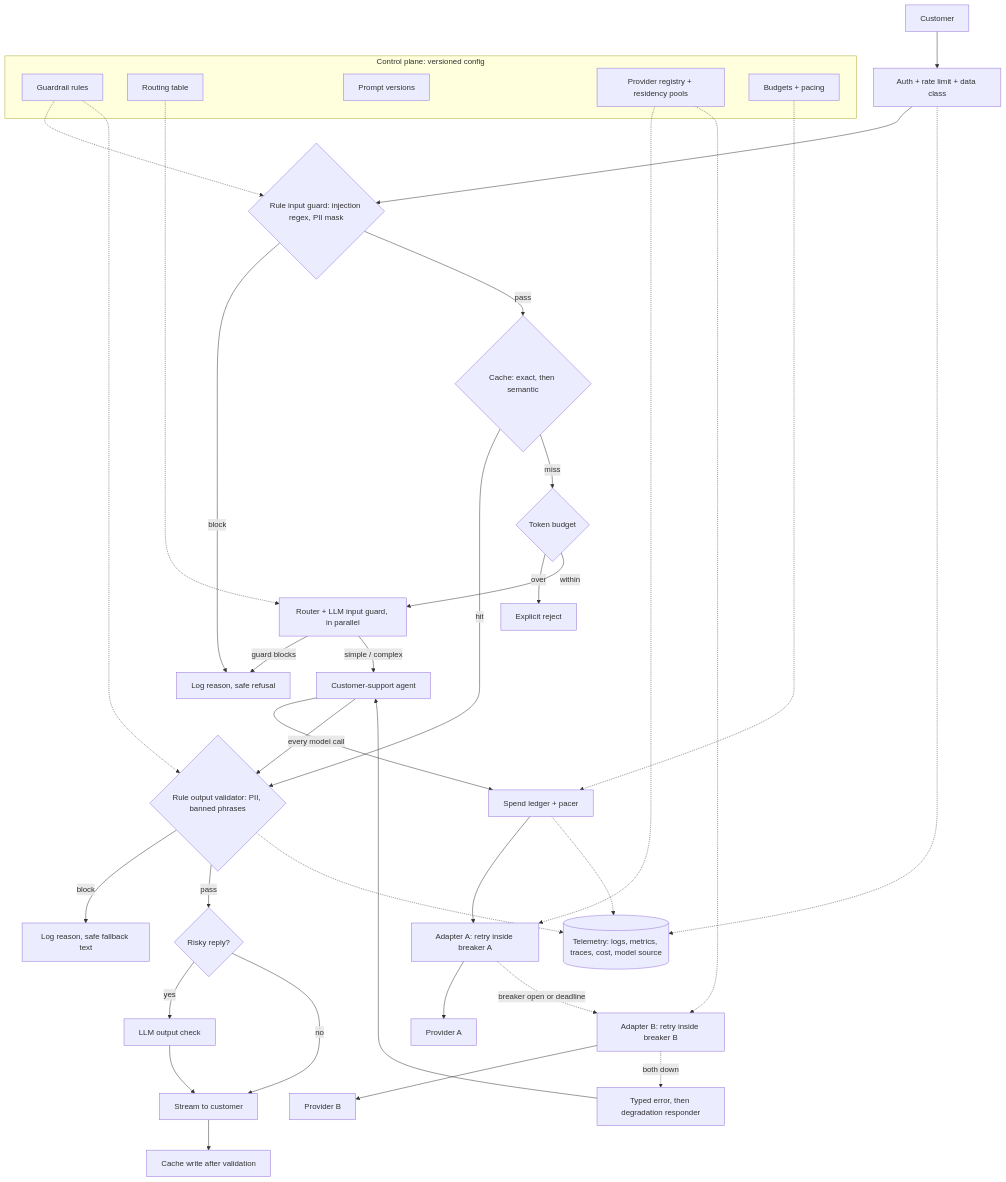
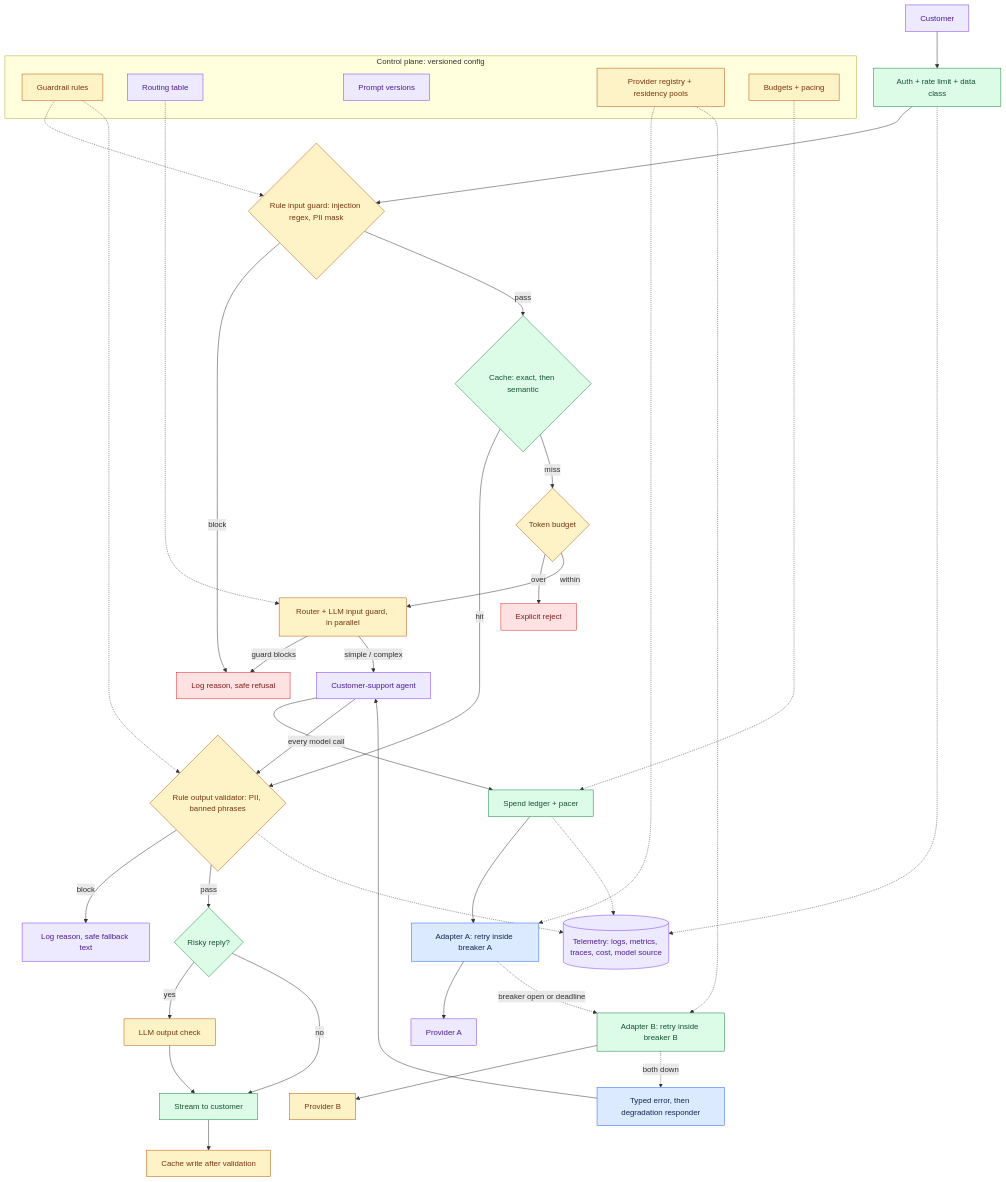
The fourth of 4 diagrams in site/content/modules/15-fde-case-studies/standalone-designs/production-llm-gateway/guide-part-2.md (Sourav692/Forward-Deployed-Engineer-Interview-Prep), drawn with Mermaid before and after one commit. The commit also changed other lines of this file and 1268 other files, not shown here.

First line of the commit message:
content: polish Casebook writing and Mermaid diagrams (#251)

````diff
--- a/site/content/modules/15-fde-case-studies/standalone-designs/production-llm-gateway/guide-part-2.md
+++ b/site/content/modules/15-fde-case-studies/standalone-designs/production-llm-gateway/guide-part-2.md
@@ -47,46 +106,58 @@
 ```mermaid
 flowchart TB
     subgraph CP[Control plane: versioned config]
         RULES[Guardrail rules]
         RT[Routing table]
         PV[Prompt versions]
         PR[Provider registry + residency pools]
         BUD[Budgets + pacing]
     end
 
     C[Customer] --> AUTH[Auth + rate limit + data class]
     AUTH --> RIG{Rule input guard: injection regex, PII mask}
     RIG -- block --> LOG1[Log reason, safe refusal]
     RIG -- pass --> CACHE{Cache: exact, then semantic}
     CACHE -- hit --> OUT
     CACHE -- miss --> TB{Token budget}
     TB -- over --> REJ[Explicit reject]
     TB -- within --> PAR[Router + LLM input guard, in parallel]
     PAR -- guard blocks --> LOG1
     PAR -- simple / complex --> AG[Customer-support agent]
 
     AG -->|every model call| LED[Spend ledger + pacer]
     LED --> A[Adapter A: retry inside breaker A] --> PA[Provider A]
     A -. breaker open or deadline .-> B[Adapter B: retry inside breaker B] --> PB[Provider B]
     B -. both down .-> DEG[Typed error, then degradation responder]
     DEG --> AG
 
     AG --> OUT{Rule output validator: PII, banned phrases}
     OUT -- block --> LOG2[Log reason, safe fallback text]
     OUT -- pass --> LOC{Risky reply?}
     LOC -- yes --> LLMO[LLM output check]
     LOC -- no --> ST[Stream to customer]
     LLMO --> ST
     ST --> CW[Cache write after validation]
 
     TEL[(Telemetry: logs, metrics, traces, cost, model source)]
     AUTH -.-> TEL
     LED -.-> TEL
     OUT -.-> TEL
     RULES -.-> RIG
     RULES -.-> OUT
     RT -.-> PAR
     PR -.-> A
     PR -.-> B
     BUD -.-> LED
+
+    %% Casebook colours: entry, reasoning, results, controls, and stopped paths.
+    classDef cbPolicy fill:#fef3c7,stroke:#b45309,color:#78350f
+    class RULES,PR,BUD,RIG,OUT,TB,PAR,PB,LLMO,CW cbPolicy
+    classDef cbReason fill:#ede9fe,stroke:#7c3aed,color:#4c1d95
+    class RT,PV,C,AG,PA,LOG2,TEL cbReason
+    classDef cbAction fill:#dcfce7,stroke:#15803d,color:#14532d
+    class AUTH,CACHE,LED,B,LOC,ST cbAction
+    classDef cbStop fill:#fee2e2,stroke:#dc2626,color:#7f1d1d
+    class LOG1,REJ cbStop
+    classDef cbInput fill:#dbeafe,stroke:#2563eb,color:#172554
+    class A,DEG cbInput
 ```
````
